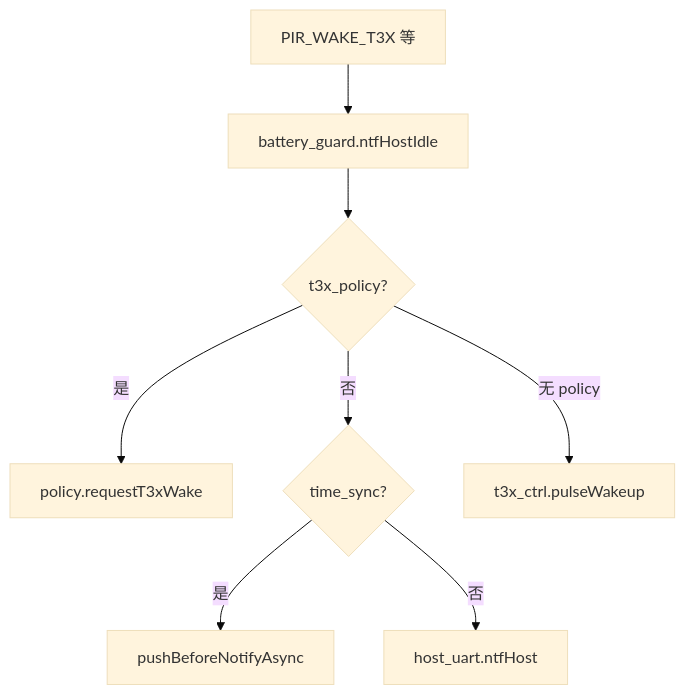
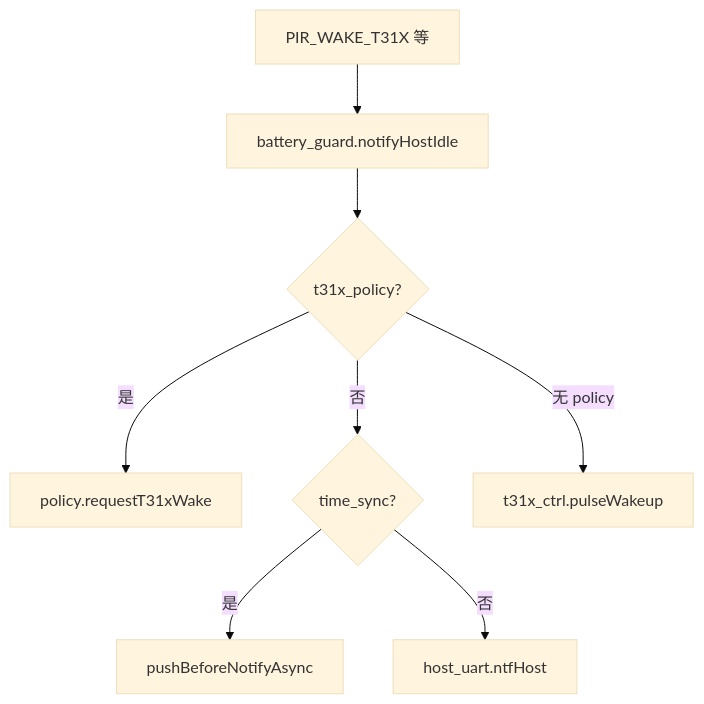
One commit to dzr1986/AIR780EHM changed the diagram in doc/modules/APP_EVENT_BUS.md. Above: the diagram before and after it, drawn with Mermaid (base theme). The commit also changed other lines of this file and 402 other files, not shown here.

````diff
--- a/doc/modules/APP_EVENT_BUS.md
+++ b/doc/modules/APP_EVENT_BUS.md
@@ -62,10 +62,10 @@
 ```mermaid
 flowchart TD
-    P[PIR_WAKE_T3X 等] --> N[battery_guard.ntfHostIdle]
-    N --> POL{t3x_policy?}
-    POL -->|是| PW[policy.requestT3xWake]
+    P[PIR_WAKE_T31X 等] --> N[battery_guard.notifyHostIdle]
+    N --> POL{t31x_policy?}
+    POL -->|是| PW[policy.requestT31xWake]
     POL -->|否| TS{time_sync?}
     TS -->|是| PUSH[pushBeforeNotifyAsync]
     TS -->|否| HU[host_uart.ntfHost]
-    POL -->|无 policy| GPIO[t3x_ctrl.pulseWakeup]
+    POL -->|无 policy| GPIO[t31x_ctrl.pulseWakeup]
 ```
````
